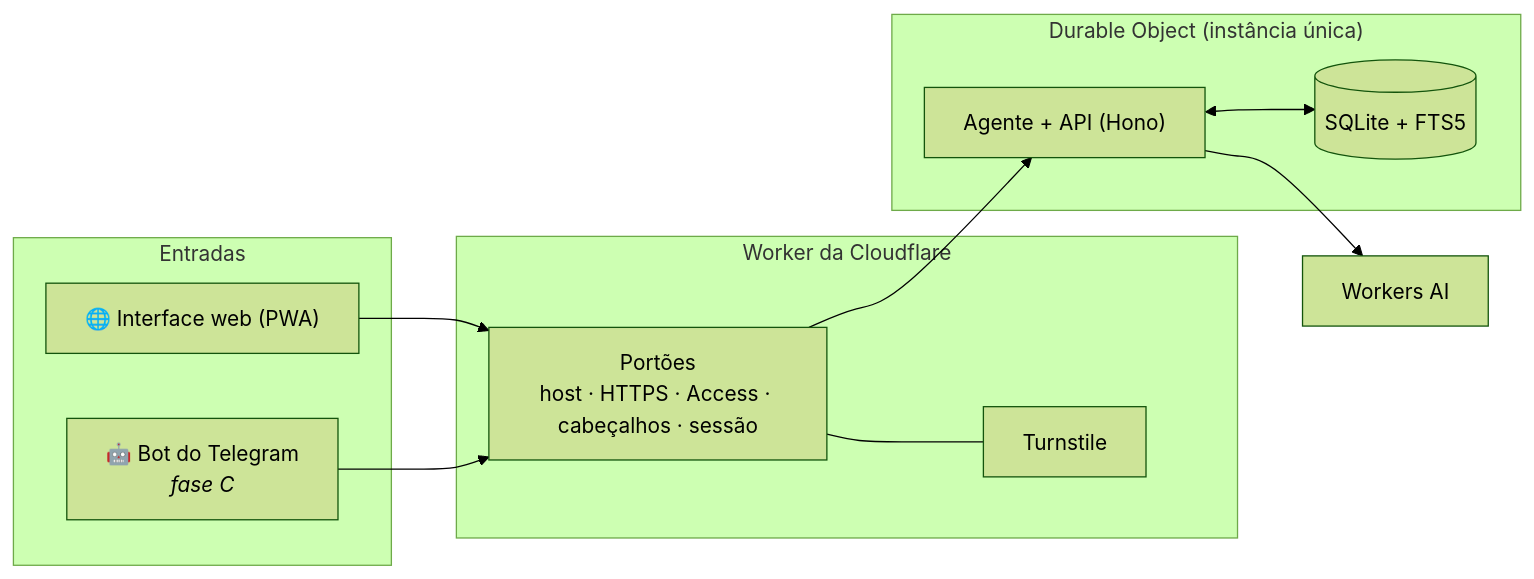
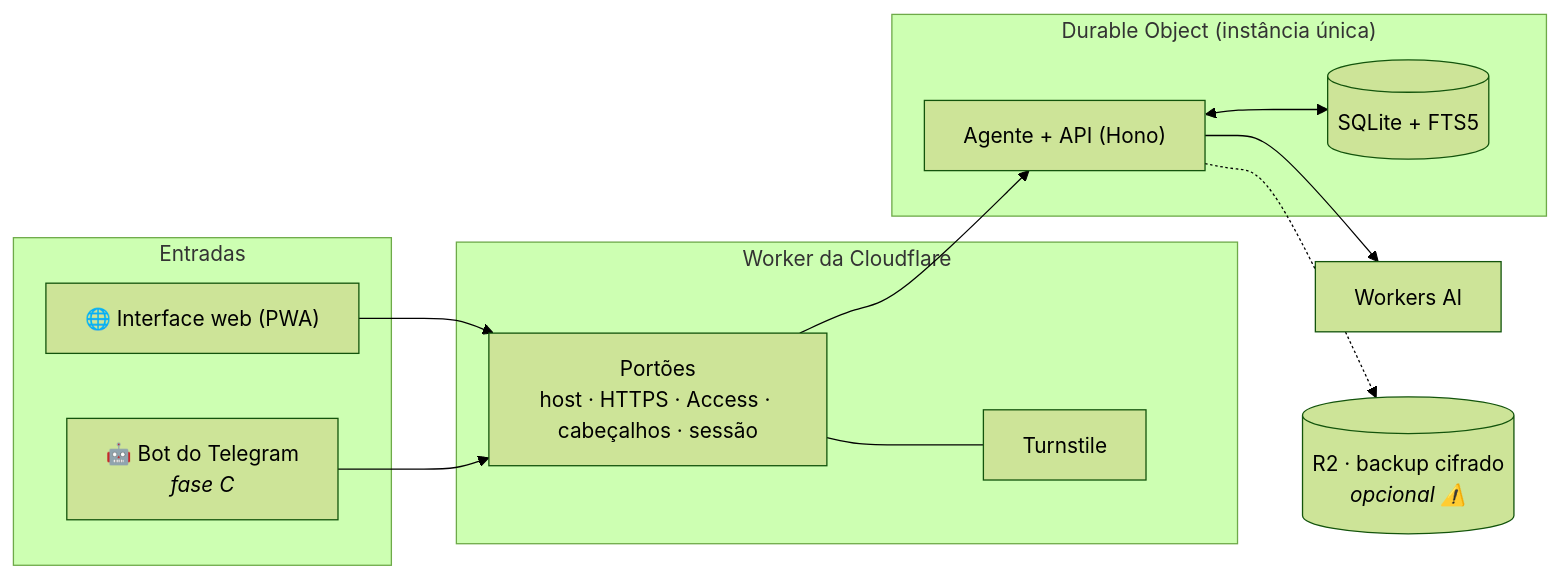
The diagram in README.md (pablopfg/zuri), drawn with Mermaid (forest theme) before and after one commit. The commit also changed other lines of this file and 38 other files, not shown here.

First line of the commit message:
feat(backup): backup automático cifrado no R2 com restauração no navegador (etapa 23b) (#211)

````diff
--- a/README.md
+++ b/README.md
@@ -205,22 +206,24 @@
 ```mermaid
 flowchart LR
     subgraph Entradas
         W["🌐 Interface web (PWA)"]
         T["🤖 Bot do Telegram<br/><i>fase C</i>"]
     end
     subgraph Worker["Worker da Cloudflare"]
         G["Portões<br/>host · HTTPS · Access · cabeçalhos · sessão"]
         TS["Turnstile"]
     end
     subgraph DO["Durable Object (instância única)"]
         A["Agente + API (Hono)"]
         S[("SQLite + FTS5")]
     end
     AI["Workers AI"]
+    R2[("R2 · backup cifrado<br/><i>opcional ⚠️</i>")]
     W --> G
     T --> G
     G --- TS
     G --> A
     A <--> S
     A --> AI
+    A -.-> R2
 ```
````
